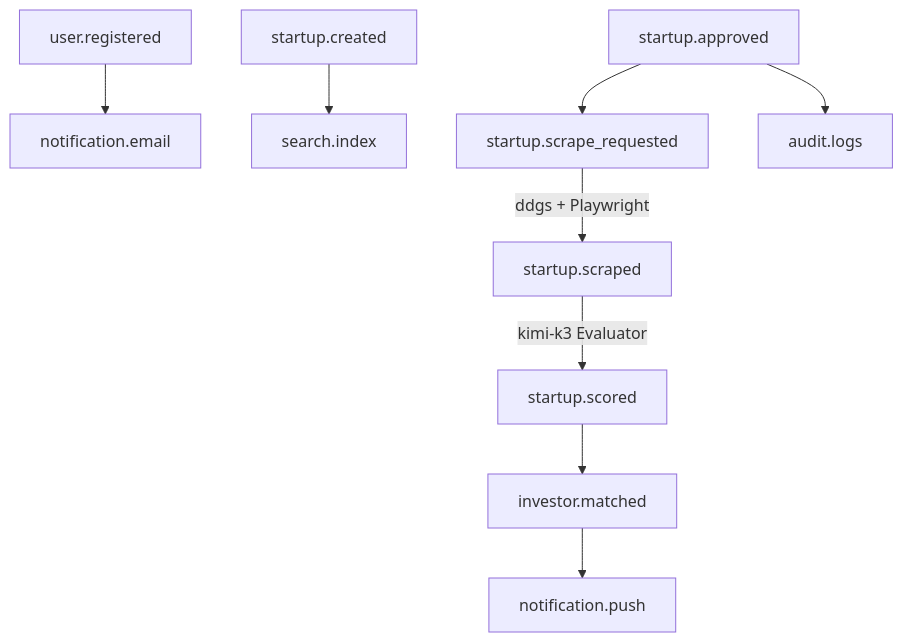
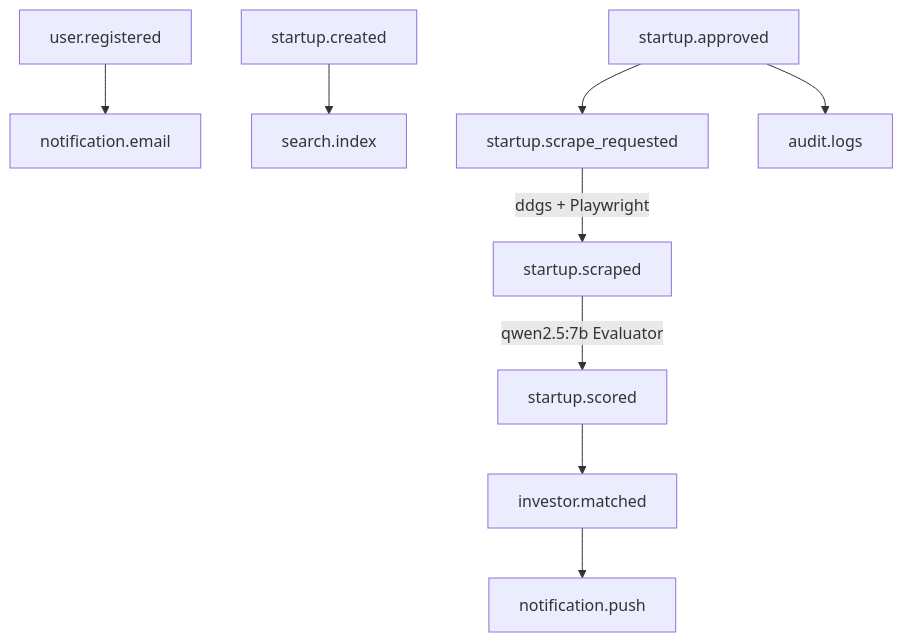
Before and after one commit to AadithyaNayakV/Startup-Foundary: the third of 3 diagrams in Kafka.md, drawn with Mermaid. The commit also changed other lines of this file and 31 other files, not shown here.

````diff
--- a/Kafka.md
+++ b/Kafka.md
@@ -143,11 +143,11 @@
 ```mermaid
 graph TD
     user.registered --> notification.email
     startup.created --> search.index
     startup.approved --> startup.scrape_requested
     startup.approved --> audit.logs
     startup.scrape_requested -->|ddgs + Playwright| startup.scraped
-    startup.scraped -->|kimi-k3 Evaluator| startup.scored
+    startup.scraped -->|qwen2.5:7b Evaluator| startup.scored
     startup.scored --> investor.matched
     investor.matched --> notification.push
 ```
````
